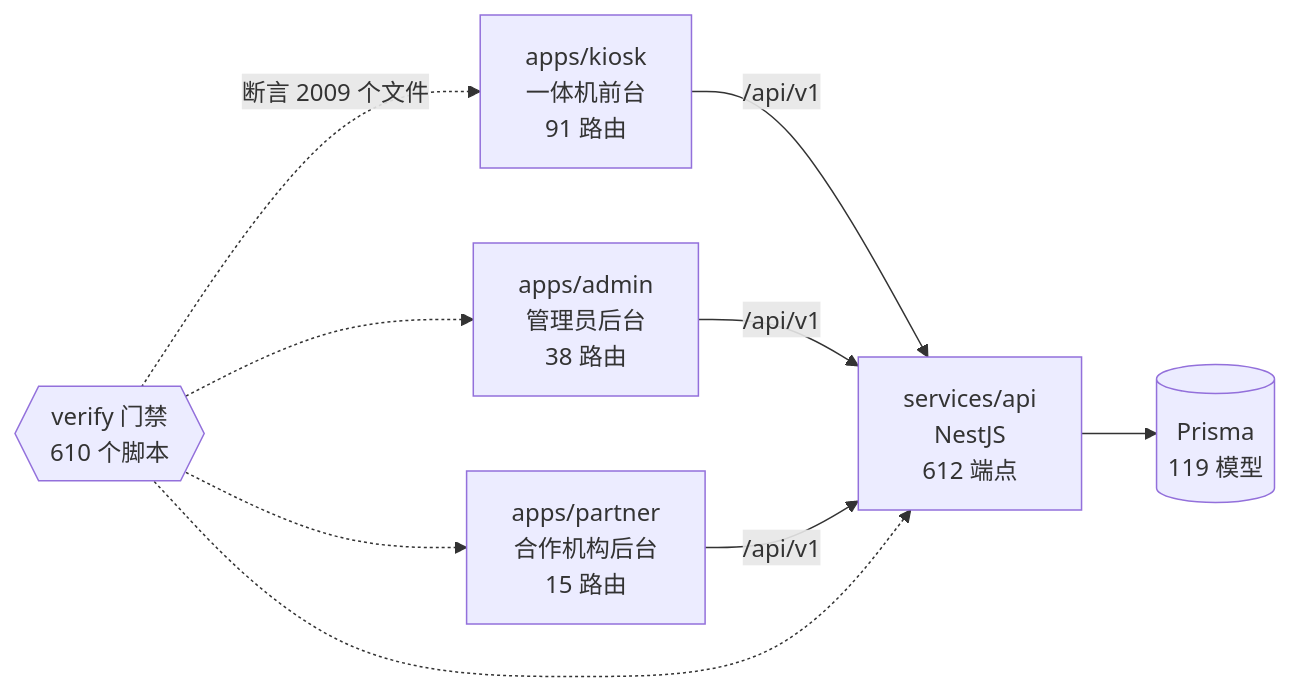
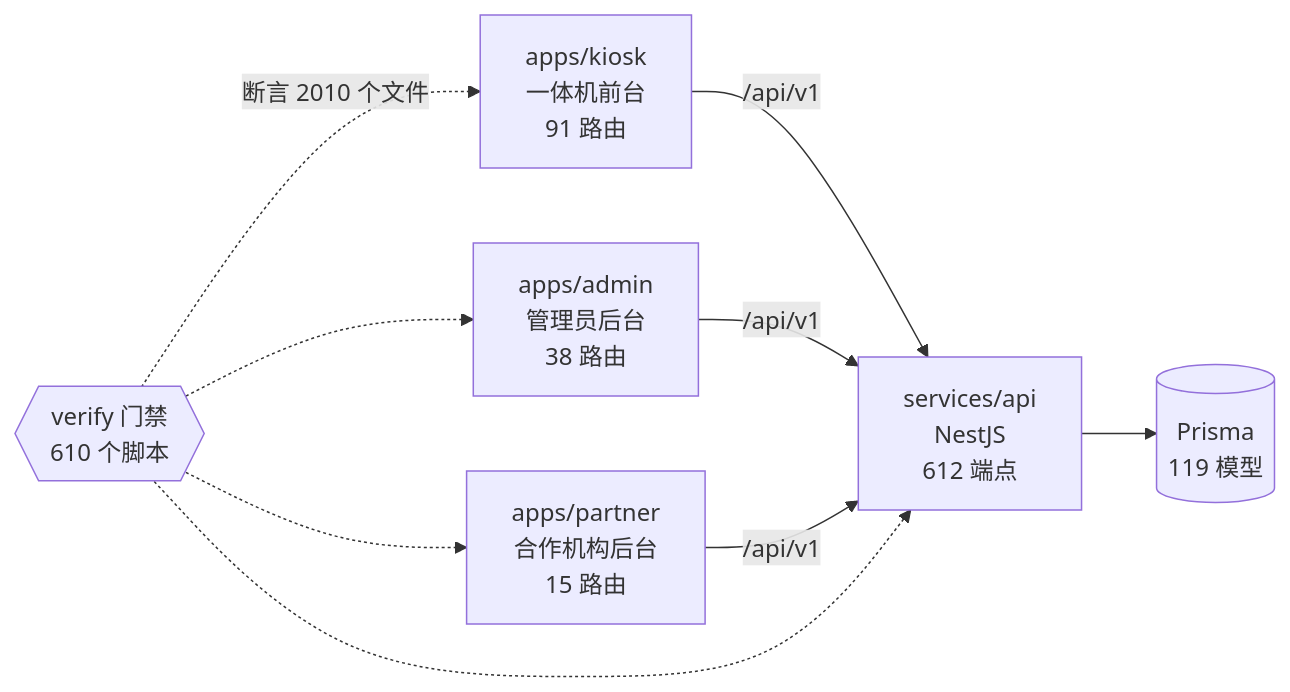
Before and after one commit to wanglei581/YITIJI: the diagram in docs/graph/README.md, drawn with Mermaid. The commit also changed other lines of this file and 33 other files, not shown here.

````diff
--- a/docs/graph/README.md
+++ b/docs/graph/README.md
@@ -68,18 +68,18 @@
 ```mermaid
 flowchart LR
   kiosk["apps/kiosk<br/>一体机前台<br/>91 路由"]
   admin["apps/admin<br/>管理员后台<br/>38 路由"]
   partner["apps/partner<br/>合作机构后台<br/>15 路由"]
   api["services/api<br/>NestJS<br/>612 端点"]
   db[("Prisma<br/>119 模型")]
   gates{{"verify 门禁<br/>610 个脚本"}}
 
   kiosk -->|"/api/v1"| api
   admin -->|"/api/v1"| api
   partner -->|"/api/v1"| api
   api --> db
-  gates -.->|"断言 2009 个文件"| kiosk
+  gates -.->|"断言 2010 个文件"| kiosk
   gates -.-> admin
   gates -.-> partner
   gates -.-> api
 ```
````
